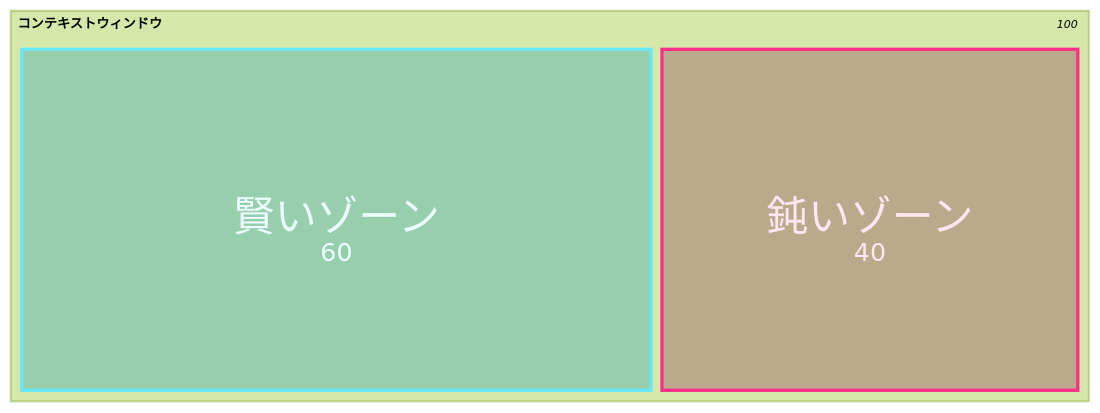
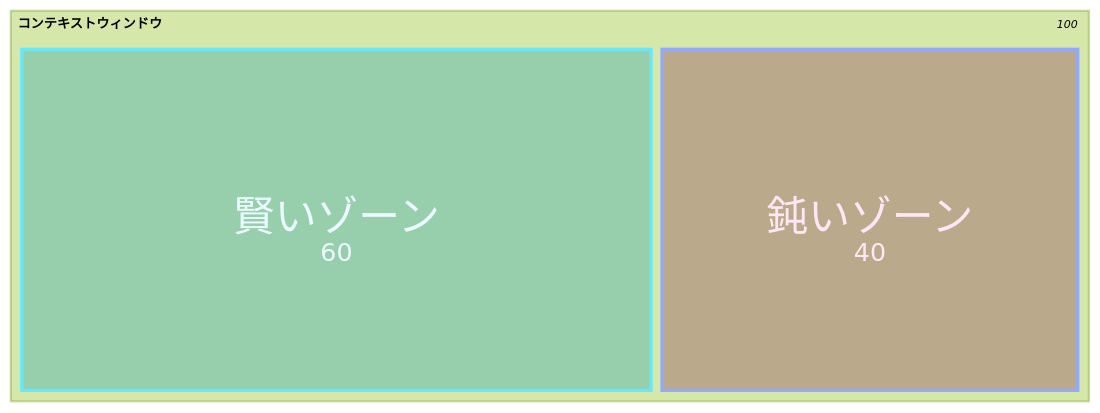
One commit to theomonfort/theomonfort changed the first of 8 diagrams in src/content/playbook/ja/context-engineering.md. Above: the diagram before and after it, drawn with Mermaid (forest theme). The commit also changed other lines of this file and 607 other files, not shown here.

````diff
--- a/src/content/playbook/ja/context-engineering.md
+++ b/src/content/playbook/ja/context-engineering.md
@@ -47,8 +47,8 @@
 ```mermaid
 treemap-beta
 "コンテキストウィンドウ"
   "賢いゾーン": 60:::smart
   "鈍いゾーン": 40:::dumb
 classDef smart fill:#0891b2,stroke:#67e8f9,color:#ecfeff
-classDef dumb fill:#7a1748,stroke:#ff2e88,color:#ffe8f4
+classDef dumb fill:#7a1748,stroke:#93a8ff,color:#ffe8f4
 ```
````
